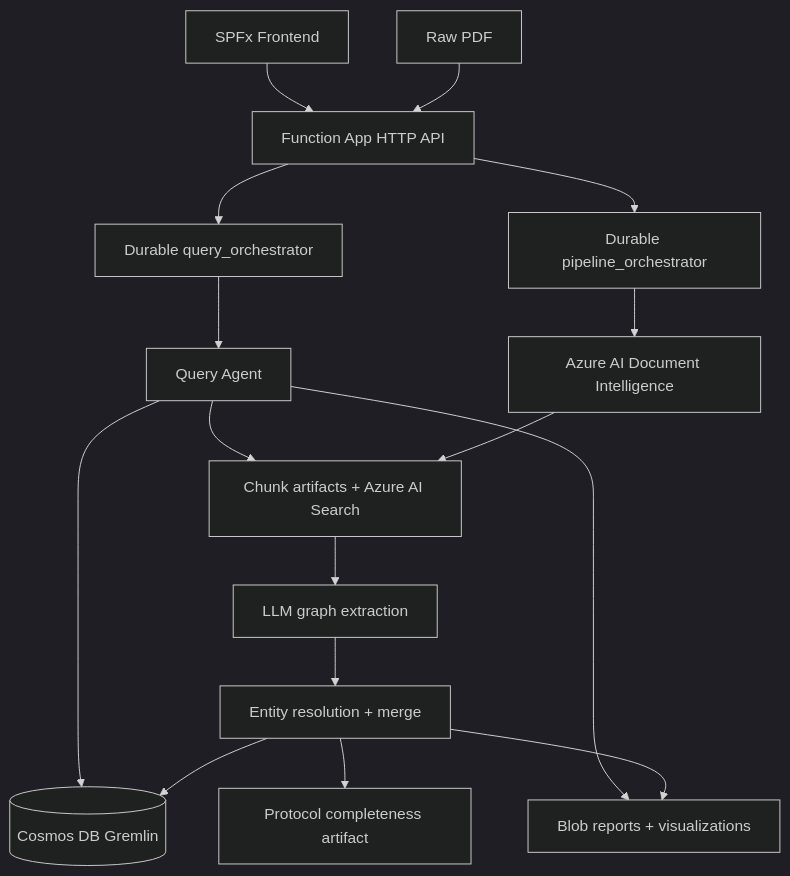
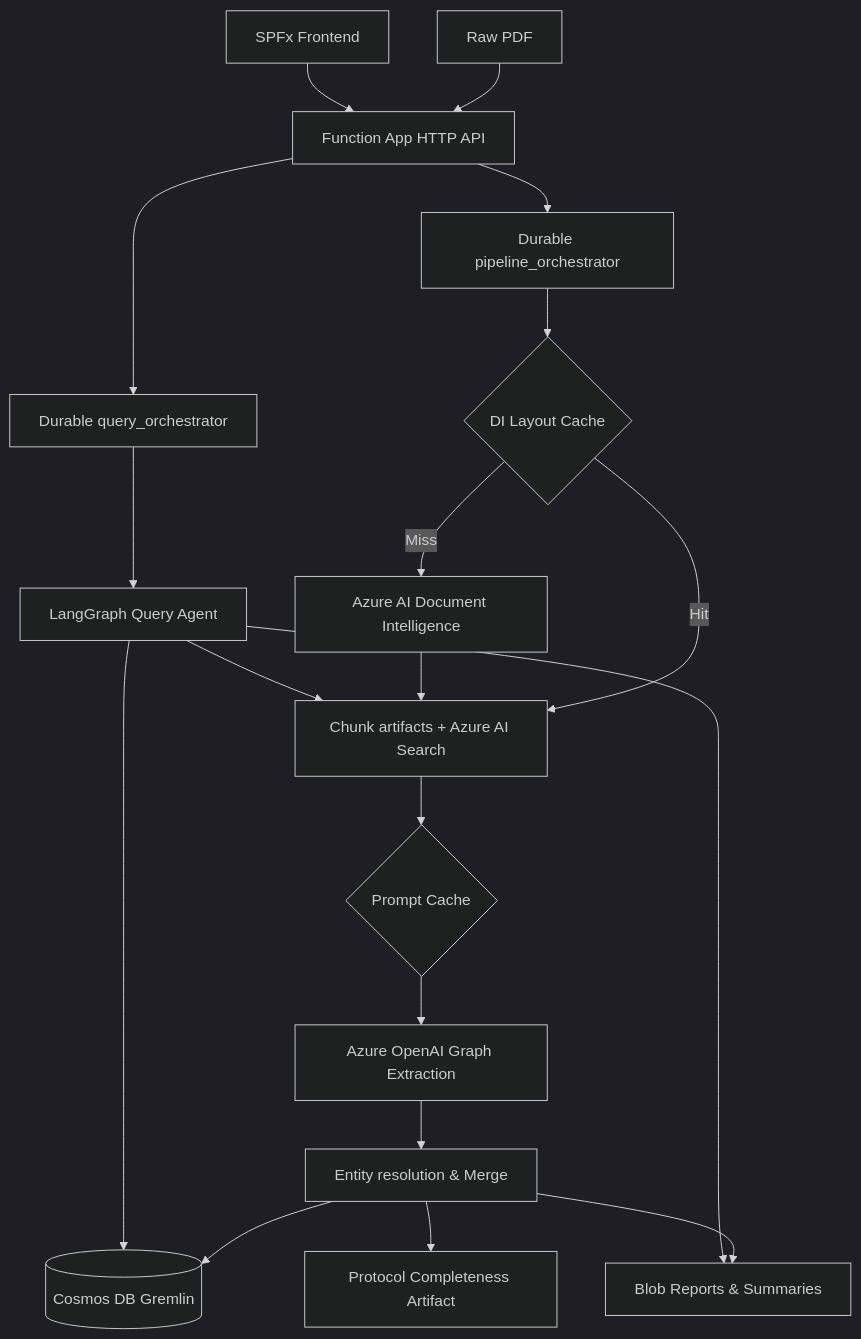
Before and after one commit to zvieli/MAG_Agent: the diagram in README.md, drawn with Mermaid (dark theme). The commit also changed other lines of this file and 10 other files, not shown here.

````diff
--- a/README.md
+++ b/README.md
@@ -15,19 +15,22 @@
 ```mermaid
 graph TD
     PDF[Raw PDF] --> API[Function App HTTP API]
     API --> ORCH[Durable pipeline_orchestrator]
-    ORCH --> DI[Azure AI Document Intelligence]
+    ORCH --> DI_CACHE{DI Layout Cache}
+    DI_CACHE -- Miss --> DI[Azure AI Document Intelligence]
+    DI_CACHE -- Hit --> CHUNKS
     DI --> CHUNKS[Chunk artifacts + Azure AI Search]
-    CHUNKS --> LLM[LLM graph extraction]
-    LLM --> MERGE[Entity resolution + merge]
+    CHUNKS --> PROMPT_CACHE{Prompt Cache}
+    PROMPT_CACHE --> LLM[Azure OpenAI Graph Extraction]
+    LLM --> MERGE[Entity resolution & Merge]
     MERGE --> COSMOS[(Cosmos DB Gremlin)]
-    MERGE --> REPORTS[Blob reports + visualizations]
-    MERGE --> COMPLETE[Protocol completeness artifact]
+    MERGE --> REPORTS[Blob Reports & Summaries]
+    MERGE --> COMPLETE[Protocol Completeness Artifact]
 
     UI[SPFx Frontend] --> API
     API --> QUERY[Durable query_orchestrator]
-    QUERY --> AGENT[Query Agent]
+    QUERY --> AGENT[LangGraph Query Agent]
     AGENT --> COSMOS
     AGENT --> CHUNKS
     AGENT --> REPORTS
 ```
````
